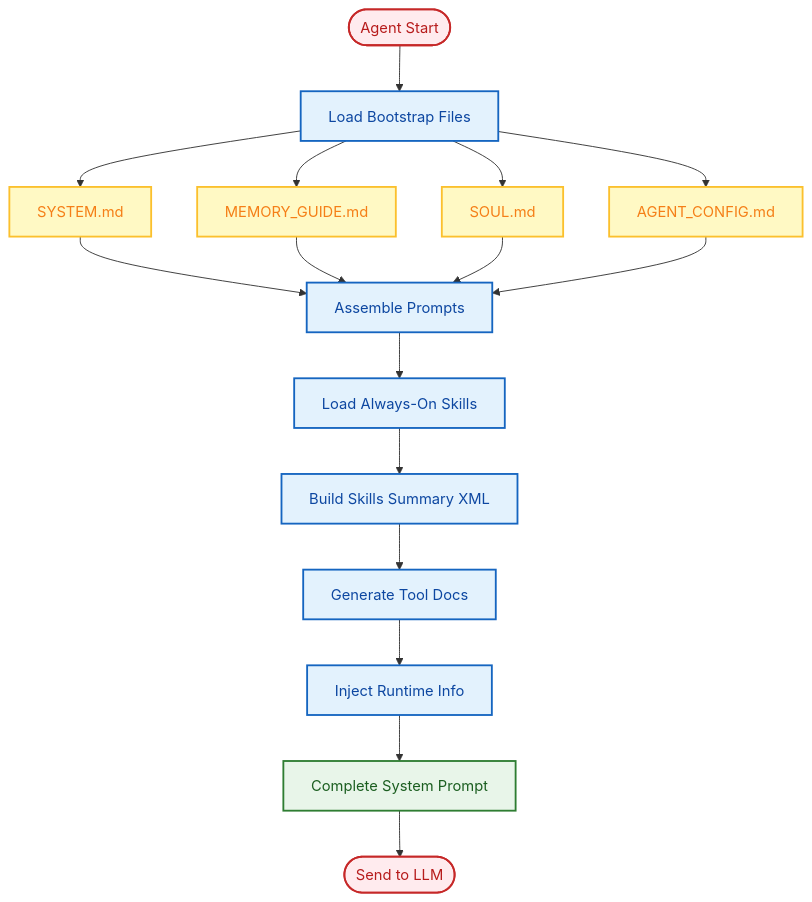
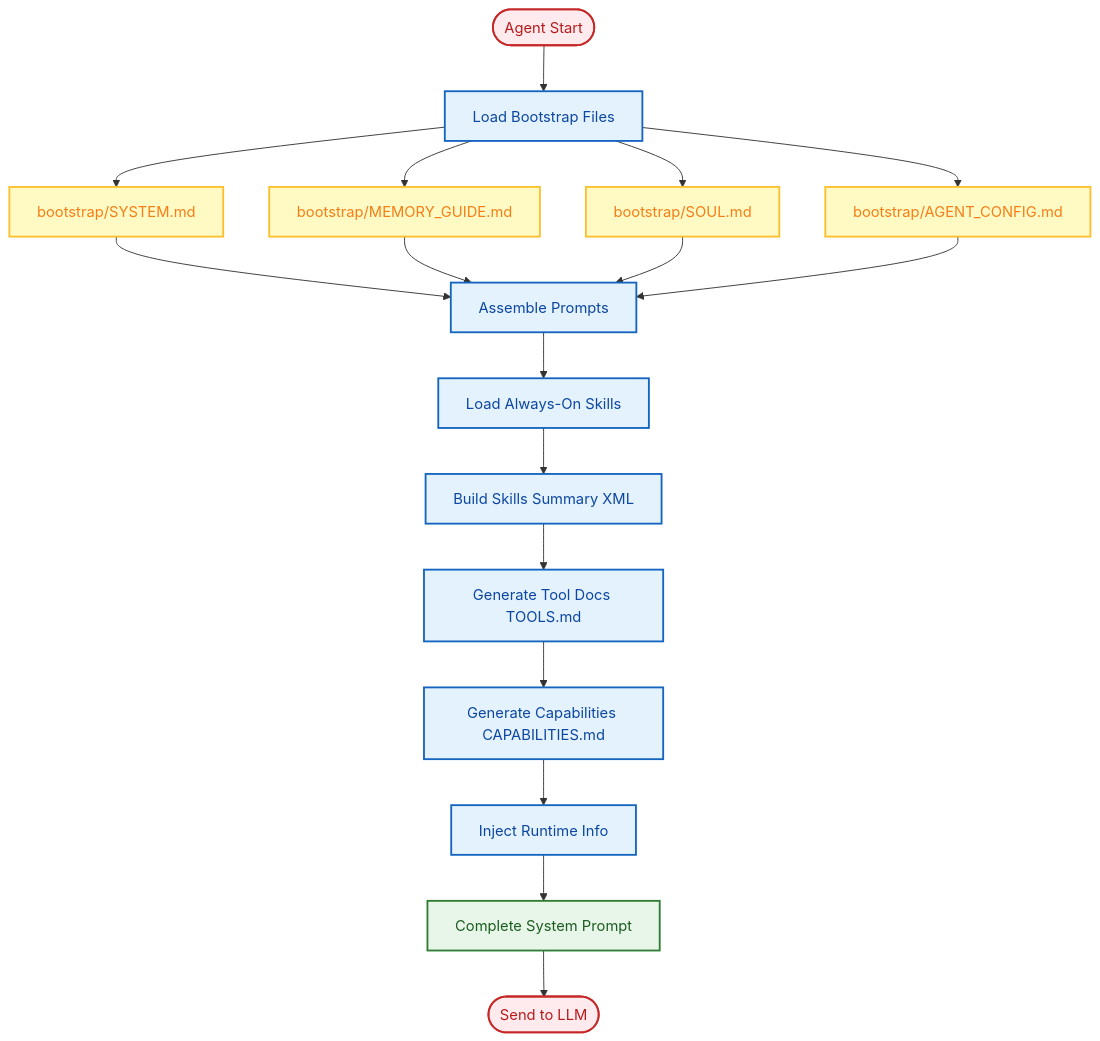
Before and after one commit to xt765/FinchBot: the fifth of 8 diagrams in docs/en-US/blog/finchbot-flexible-ai-agent-framework.md, drawn with Mermaid. The commit also changed other lines of this file and 4 other files, not shown here.

Commit message:
fix(tools): 修复 WebExtractTool._run 缺少 extract_depth 参数的问题

````diff
--- a/docs/en-US/blog/finchbot-flexible-ai-agent-framework.md
+++ b/docs/en-US/blog/finchbot-flexible-ai-agent-framework.md
@@ -370,27 +380,28 @@
 ```mermaid
 flowchart TD
     classDef startEnd fill:#ffebee,stroke:#c62828,stroke-width:2px,color:#b71c1c;
     classDef process fill:#e3f2fd,stroke:#1565c0,stroke-width:2px,color:#0d47a1;
     classDef file fill:#fff9c4,stroke:#fbc02d,stroke-width:2px,color:#f57f17;
     classDef output fill:#e8f5e9,stroke:#2e7d32,stroke-width:2px,color:#1b5e20;
 
     A([Agent Start]):::startEnd --> B[Load Bootstrap Files]:::process
 
-    B --> C[SYSTEM.md]:::file
-    B --> D[MEMORY_GUIDE.md]:::file
-    B --> E[SOUL.md]:::file
-    B --> F[AGENT_CONFIG.md]:::file
+    B --> C[bootstrap/SYSTEM.md]:::file
+    B --> D[bootstrap/MEMORY_GUIDE.md]:::file
+    B --> E[bootstrap/SOUL.md]:::file
+    B --> F[bootstrap/AGENT_CONFIG.md]:::file
 
     C --> G[Assemble Prompts]:::process
     D --> G
     E --> G
     F --> G
 
     G --> H[Load Always-On Skills]:::process
     H --> I[Build Skills Summary XML]:::process
-    I --> J[Generate Tool Docs]:::process
-    J --> K[Inject Runtime Info]:::process
-    K --> L[Complete System Prompt]:::output
+    I --> J[Generate Tool Docs TOOLS.md]:::process
+    J --> K[Generate Capabilities CAPABILITIES.md]:::process
+    K --> L[Inject Runtime Info]:::process
+    L --> M[Complete System Prompt]:::output
 
-    L --> M([Send to LLM]):::startEnd
+    M --> N([Send to LLM]):::startEnd
 ```
````
